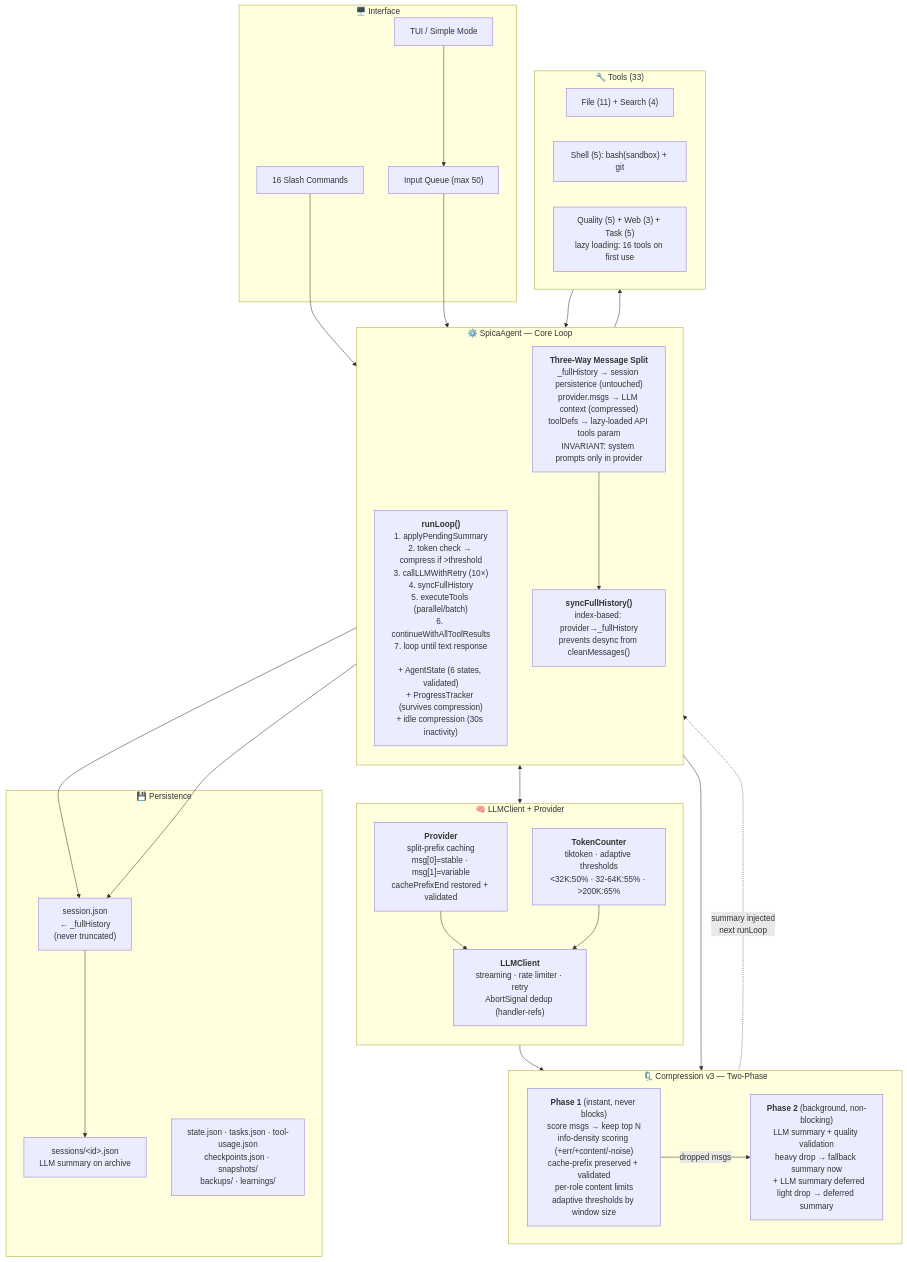
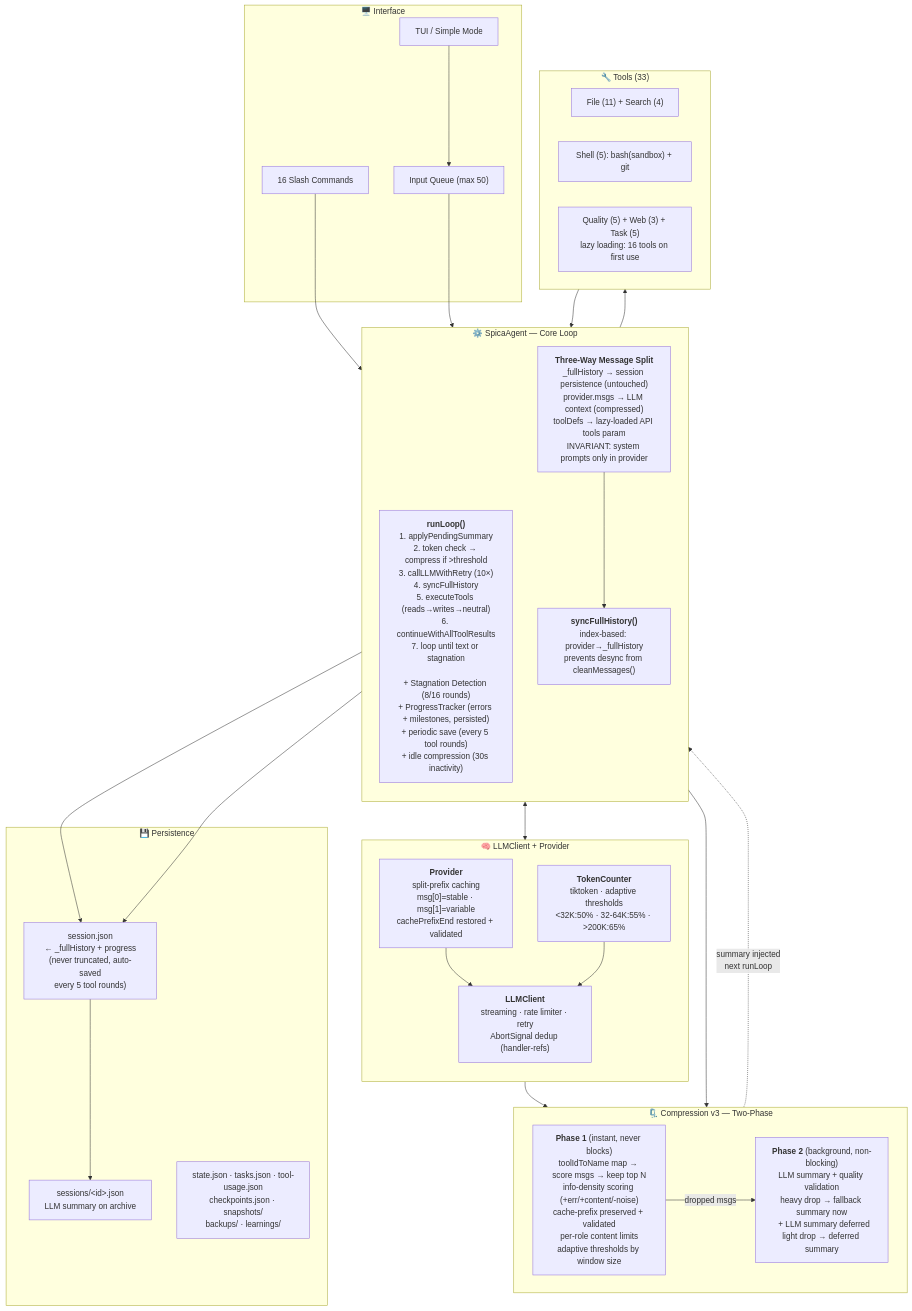
One commit to linnin233/spica-cli changed the diagram in docs/architecture-simplified.mermaid. Above: the diagram before and after it, drawn with Mermaid. The commit also changed 5 other files, not shown here.

First line of the commit message:
docs(architecture): update diagrams after 2026-06-14 audit (23 fixes)

```diff
--- a/docs/architecture-simplified.mermaid
+++ b/docs/architecture-simplified.mermaid
@@ -1,64 +1,65 @@
 graph TB
     %% ═══════════════════════════════════════════════════════
     %% spica-cli Architecture — Simplified Version
     %% Focus: core data flows, key invariants, compression lifecycle
+    %% Updated 2026-06-14 after audit (23 issues resolved)
     %% ═══════════════════════════════════════════════════════
 
     subgraph UI["🖥️ Interface"]
         TUI["TUI / Simple Mode"]
         CMD["16 Slash Commands"]
         IQ["Input Queue (max 50)"]
     end
 
     subgraph AGENT["⚙️ SpicaAgent — Core Loop"]
         direction TB
-        LOOP["<b>runLoop()</b><br/>1. applyPendingSummary<br/>2. token check → compress if >threshold<br/>3. callLLMWithRetry (10×)<br/>4. syncFullHistory<br/>5. executeTools (parallel/batch)<br/>6. continueWithAllToolResults<br/>7. loop until text response<br/><br/>+ AgentState (6 states, validated)<br/>+ ProgressTracker (survives compression)<br/>+ idle compression (30s inactivity)"]
+        LOOP["<b>runLoop()</b><br/>1. applyPendingSummary<br/>2. token check → compress if >threshold<br/>3. callLLMWithRetry (10×)<br/>4. syncFullHistory<br/>5. executeTools (reads→writes→neutral)<br/>6. continueWithAllToolResults<br/>7. loop until text or stagnation<br/><br/>+ Stagnation Detection (8/16 rounds)<br/>+ ProgressTracker (errors + milestones, persisted)<br/>+ periodic save (every 5 tool rounds)<br/>+ idle compression (30s inactivity)"]
         MSG["<b>Three-Way Message Split</b><br/>_fullHistory → session persistence (untouched)<br/>provider.msgs → LLM context (compressed)<br/>toolDefs → lazy-loaded API tools param<br/>INVARIANT: system prompts only in provider"]
         SYNC["<b>syncFullHistory()</b><br/>index-based: provider→_fullHistory<br/>prevents desync from cleanMessages()"]
     end
 
     subgraph COMPRESS["🗜️ Compression v3 — Two-Phase"]
         direction LR
-        P1["<b>Phase 1</b> (instant, never blocks)<br/>score msgs → keep top N<br/>info-density scoring (+err/+content/-noise)<br/>cache-prefix preserved + validated<br/>per-role content limits<br/>adaptive thresholds by window size"]
+        P1["<b>Phase 1</b> (instant, never blocks)<br/>toolIdToName map → score msgs → keep top N<br/>info-density scoring (+err/+content/-noise)<br/>cache-prefix preserved + validated<br/>per-role content limits<br/>adaptive thresholds by window size"]
         P2["<b>Phase 2</b> (background, non-blocking)<br/>LLM summary + quality validation<br/>heavy drop → fallback summary now<br/>  + LLM summary deferred<br/>light drop → deferred summary"]
         P1 -->|"dropped msgs"| P2
         P2 -.->|"summary injected<br/>next runLoop"| LOOP
     end
 
     subgraph LLM["🧠 LLMClient + Provider"]
         direction TB
         CLIENT["<b>LLMClient</b><br/>streaming · rate limiter · retry<br/>AbortSignal dedup (handler-refs)"]
         PROV["<b>Provider</b><br/>split-prefix caching<br/>msg[0]=stable · msg[1]=variable<br/>cachePrefixEnd restored + validated"]
         TOKEN["<b>TokenCounter</b><br/>tiktoken · adaptive thresholds<br/><32K:50% · 32-64K:55% · >200K:65%"]
     end
 
     subgraph TOOLS["🔧 Tools (33)"]
         FILE["File (11) + Search (4)"]
         SHELL["Shell (5): bash(sandbox) + git"]
         QA["Quality (5) + Web (3) + Task (5)<br/>lazy loading: 16 tools on first use"]
     end
 
     subgraph STORAGE["💾 Persistence"]
-        ACTIVE["session.json<br/>← _fullHistory<br/>(never truncated)"]
+        ACTIVE["session.json<br/>← _fullHistory + progress<br/>(never truncated, auto-saved<br/>every 5 tool rounds)"]
         HIST["sessions/&lt;id&gt;.json<br/>LLM summary on archive"]
         OTHER["state.json · tasks.json · tool-usage.json<br/>checkpoints.json · snapshots/<br/>backups/ · learnings/"]
     end
 
     %% Edges
     TUI --> IQ
     CMD --> LOOP
     IQ --> LOOP
 
     LOOP <--> CLIENT
     PROV --> CLIENT
     TOKEN --> CLIENT
     LOOP --> P1
     TOKEN --> P1
 
     LOOP --> TOOLS
     TOOLS --> LOOP
 
     MSG --> SYNC
     SYNC --> ACTIVE
     LOOP --> ACTIVE
     ACTIVE --> HIST
```
